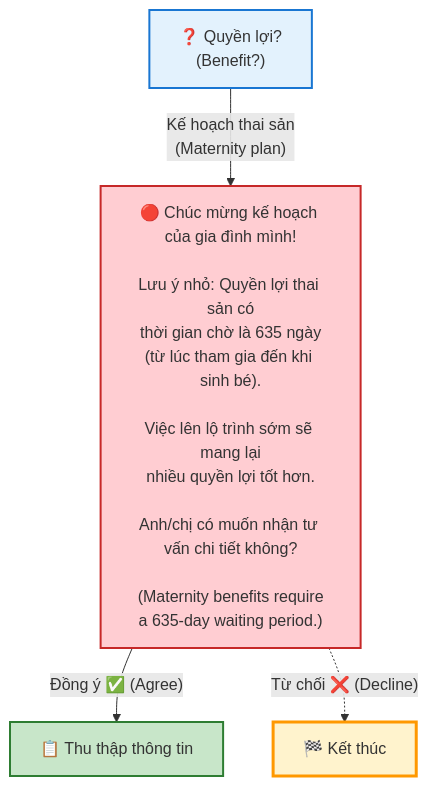
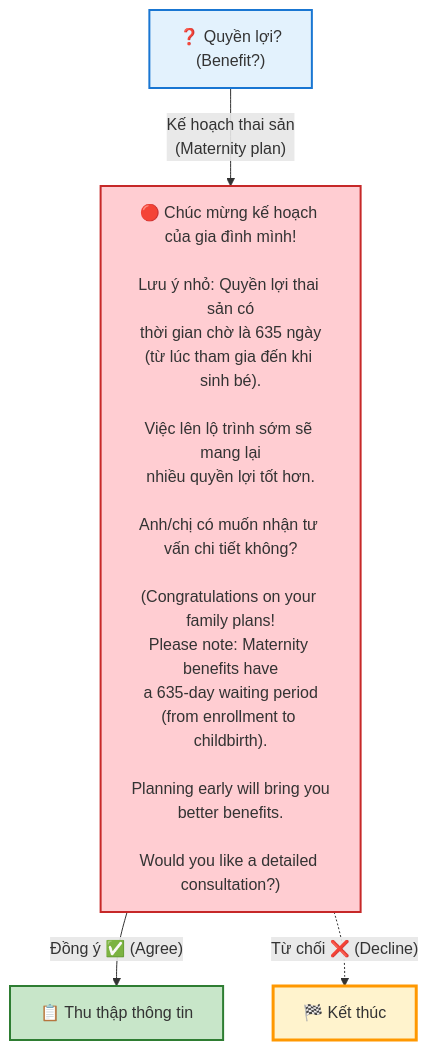
Before and after one commit to cafechungkhoan/ALCV_Automation: the fifth of 7 diagrams in Conditional Form Workflow.md, drawn with Mermaid. The commit also changed other lines of this file, not shown here.

````diff
--- a/Conditional Form Workflow.md
+++ b/Conditional Form Workflow.md
@@ -123,12 +157,12 @@
 ```mermaid
 graph TD
-    Q2["❓ Quyền lợi?<br/>(Benefit?)"]:::question -->|"Kế hoạch thai sản<br/>(Maternity plan)"| NOTICE["🔴 Chúc mừng kế hoạch của gia đình mình!<br/><br/>Lưu ý nhỏ: Quyền lợi thai sản có<br/>thời gian chờ là 635 ngày<br/>(từ lúc tham gia đến khi sinh bé).<br/><br/>Việc lên lộ trình sớm sẽ mang lại<br/>nhiều quyền lợi tốt hơn.<br/><br/>Anh/chị có muốn nhận tư vấn chi tiết không?<br/><br/>(Maternity benefits require<br/>a 635-day waiting period.)"]:::rejected
+    Q2["❓ Quyền lợi?<br/>(Benefit?)"]:::question -->|"Kế hoạch thai sản<br/>(Maternity plan)"| NOTICE["🔴 Chúc mừng kế hoạch của gia đình mình!<br/><br/>Lưu ý nhỏ: Quyền lợi thai sản có<br/>thời gian chờ là 635 ngày<br/>(từ lúc tham gia đến khi sinh bé).<br/><br/>Việc lên lộ trình sớm sẽ mang lại<br/>nhiều quyền lợi tốt hơn.<br/><br/>Anh/chị có muốn nhận tư vấn chi tiết không?<br/><br/>(Congratulations on your family plans!<br/>Please note: Maternity benefits have<br/>a 635-day waiting period<br/>(from enrollment to childbirth).<br/><br/>Planning early will bring you<br/>better benefits.<br/><br/>Would you like a detailed consultation?)"]:::rejected
 
     NOTICE -->|"Đồng ý ✅ (Agree)"| COLLECT["📋 Thu thập thông tin"]:::happy
     NOTICE -.->|"Từ chối ❌ (Decline)"| END_NODE["🏁 Kết thúc"]:::start
 
     classDef question fill:#e3f2fd,stroke:#1976d2,stroke-width:2px,color:#333
     classDef rejected fill:#ffcdd2,stroke:#c62828,stroke-width:2px,color:#333
     classDef happy fill:#c8e6c9,stroke:#2e7d32,stroke-width:2px,color:#333
     classDef start fill:#fff3cd,stroke:#ff9800,stroke-width:3px,color:#333
 ```
````
